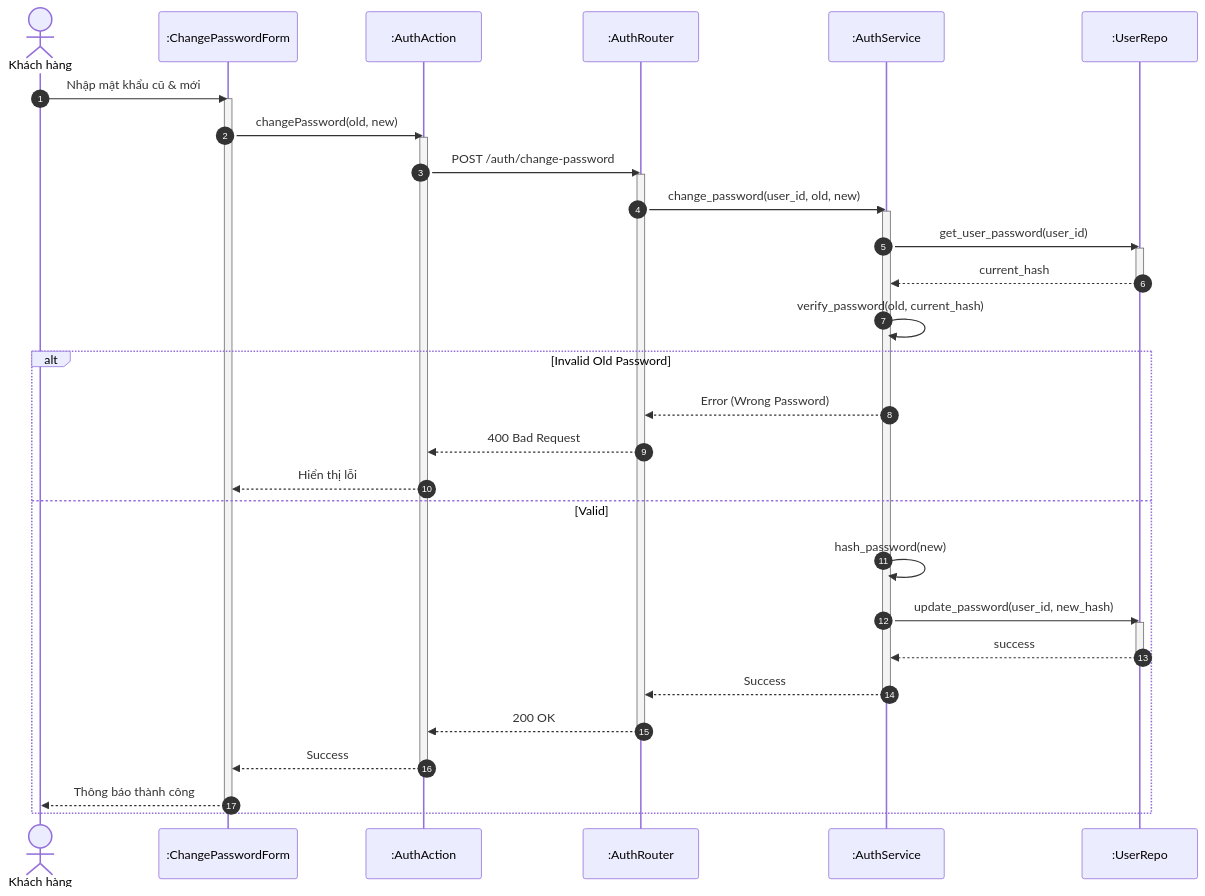
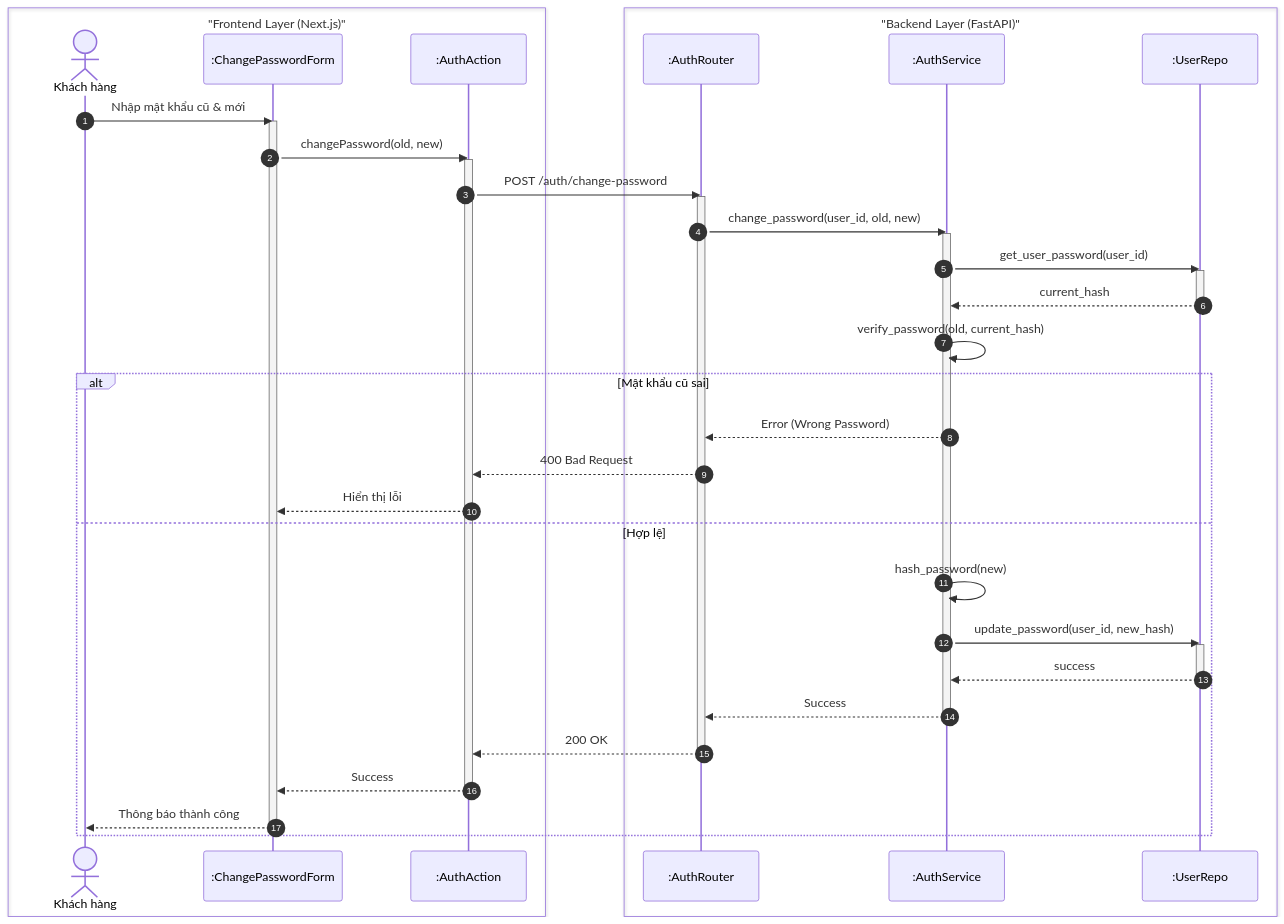
One commit to ngoctinn/Synapse changed the sixth of 8 diagrams in docs/design/sequences/authentication.md. Above: the diagram before and after it, drawn with Mermaid. The commit also changed other lines of this file and 4 other files, not shown here.

Commit message:
docs: Add initial sequence diagrams for authentication, customer, technician, receptionist, and admin flows.

````diff
--- a/docs/design/sequences/authentication.md
+++ b/docs/design/sequences/authentication.md
@@ -277,48 +302,53 @@
 ```mermaid
 sequenceDiagram
     autonumber
-    actor KH as Khách hàng
-    participant UI as :ChangePasswordForm
-    participant BFF as :AuthAction
-    participant API as :AuthRouter
-    participant S as :AuthService
-    participant DB as :UserRepo
+    box "Frontend Layer (Next.js)"
+        actor KH as Khách hàng
+        participant UI as :ChangePasswordForm
+        participant BFF as :AuthAction
+    end
+
+    box "Backend Layer (FastAPI)"
+        participant API as :AuthRouter
+        participant S as :AuthService
+        participant DB as :UserRepo
+    end
 
     KH->>UI: Nhập mật khẩu cũ & mới
     activate UI
     UI->>BFF: changePassword(old, new)
     activate BFF
 
     BFF->>API: POST /auth/change-password
     activate API
 
     API->>S: change_password(user_id, old, new)
     activate S
 
     S->>DB: get_user_password(user_id)
     activate DB
     DB-->>S: current_hash
     deactivate DB
 
     S->>S: verify_password(old, current_hash)
 
-    alt Invalid Old Password
+    alt Mật khẩu cũ sai
         S-->>API: Error (Wrong Password)
         API-->>BFF: 400 Bad Request
         BFF-->>UI: Hiển thị lỗi
-    else Valid
+    else Hợp lệ
         S->>S: hash_password(new)
         S->>DB: update_password(user_id, new_hash)
         activate DB
         DB-->>S: success
         deactivate DB
         S-->>API: Success
         deactivate S
         API-->>BFF: 200 OK
         deactivate API
         BFF-->>UI: Success
         deactivate BFF
         UI-->>KH: Thông báo thành công
         deactivate UI
     end
 ```
````
